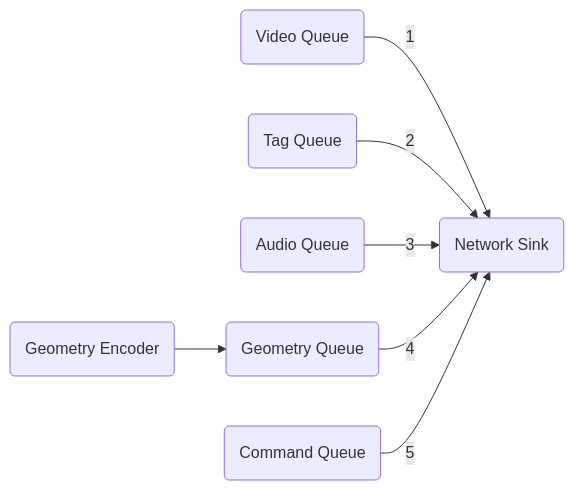
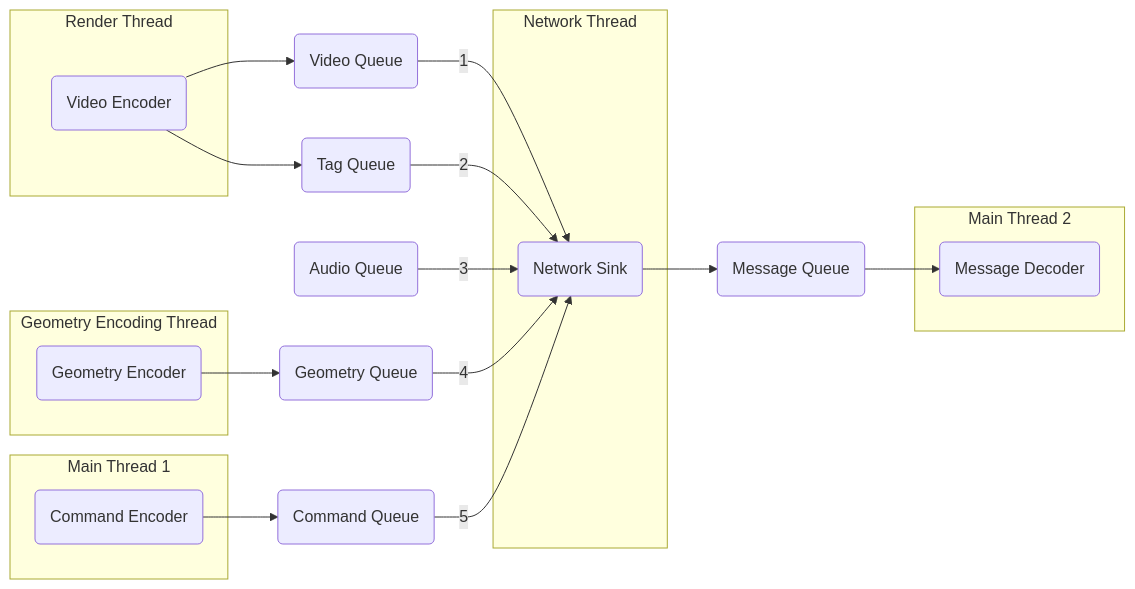
The second of 2 diagrams in docs/reference/server.rst (simul/Teleport), drawn with Mermaid before and after one commit. The commit also changed other lines of this file and 64 other files, not shown here.

```diff
--- a/docs/reference/server.rst
+++ b/docs/reference/server.rst
@@ -256,9 +259,29 @@
 .. mermaid::
 
 	flowchart LR
+		subgraph "Network Thread"
+			H(Network Sink)
+		end
 		A(Video Queue) -->|1| H(Network Sink)
 		B(Tag Queue) -->|2| H
 		C(Audio Queue) -->|3| H
 		D(Geometry Queue) -->|4| H
 		E(Command Queue) -->|5| H
+		subgraph "Geometry Encoding Thread"
+			F(Geometry Encoder)
+		end
 		F(Geometry Encoder) --> D
+		H -->I(Message Queue)
+		subgraph "Main Thread 2"
+			J(Message Decoder)
+		end
+		I --> J(Message Decoder)
+		subgraph "Render Thread"
+			K(Video Encoder)
+		end
+		K --> A
+		K --> B
+		subgraph "Main Thread 1"
+			L(Command Encoder)
+		end
+		L --> E
```
